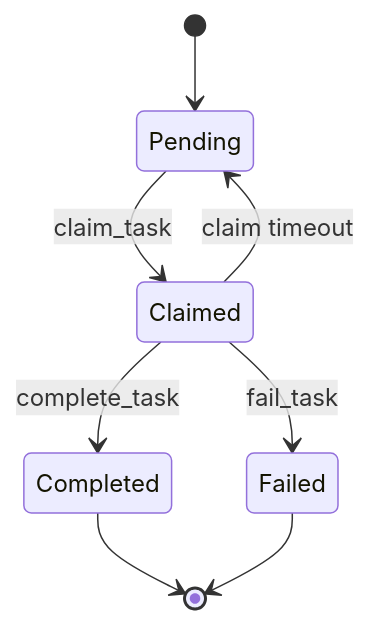
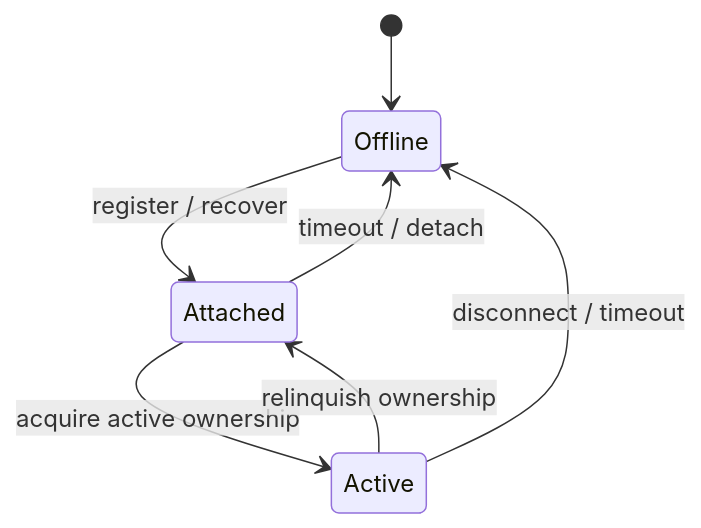
The third of 6 diagrams in README.md (Vance-PIC/pic-agent-call), drawn with Mermaid before and after one commit. The commit also changed other lines of this file and 2 other files, not shown here.

````diff
--- a/README.md
+++ b/README.md
@@ -342,10 +225,9 @@
 ```mermaid
 stateDiagram-v2
-    [*] --> Pending
-    Pending --> Claimed: claim_task
-    Claimed --> Completed: complete_task
-    Claimed --> Failed: fail_task
-    Claimed --> Pending: claim timeout
-    Completed --> [*]
-    Failed --> [*]
+    [*] --> Offline
+    Offline --> Attached : register / recover
+    Attached --> Active : acquire active ownership
+    Active --> Attached : relinquish ownership
+    Attached --> Offline : timeout / detach
+    Active --> Offline : disconnect / timeout
 ```
````
